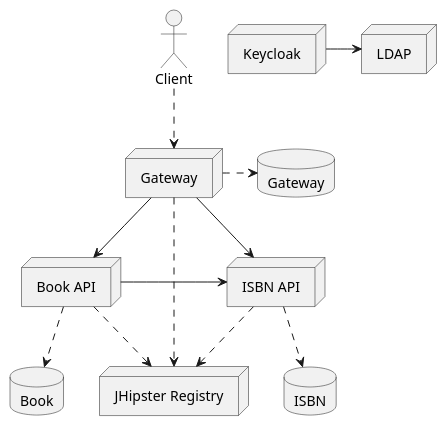
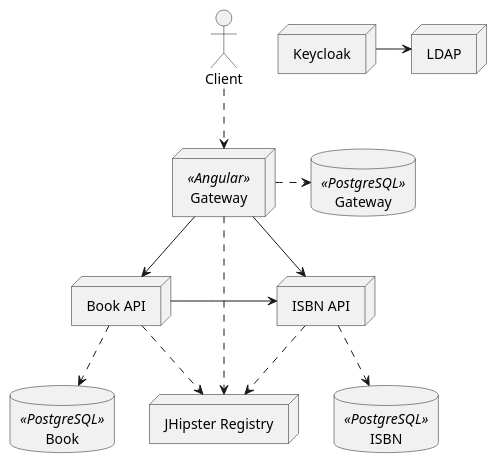
The diagram in architecture.puml (clevercloud-jhipster/jhipster-clever-guide), drawn with PlantUML before and after one commit. The commit also changed 1 other file, not shown here.

```diff
--- a/architecture.puml
+++ b/architecture.puml
@@ -1,31 +1,31 @@
 @startuml
 
-database Book as dbbook
-database Gateway as dbgateway
-database ISBN as dbisbn
+database Book <<PostgreSQL>> as dbbook
+database Gateway <<PostgreSQL>> as dbgateway
+database ISBN <<PostgreSQL>> as dbisbn
 
 actor Client as client
-node Gateway as gateway
+node Gateway <<Angular>> as gateway
 node "Book API" as book
 node "ISBN API" as isbn
 node Keycloak as key
 node "JHipster Registry" as registry
 node LDAP as ldap
 
 gateway -.> registry
 book -.> registry
 isbn -.> registry
 
 book -.> dbbook
 isbn -.> dbisbn
 gateway .> dbgateway
 
 book -> isbn
 
 client -.> gateway
 gateway -> book
 gateway --> isbn
 
 key -> ldap
 
 @enduml
```
